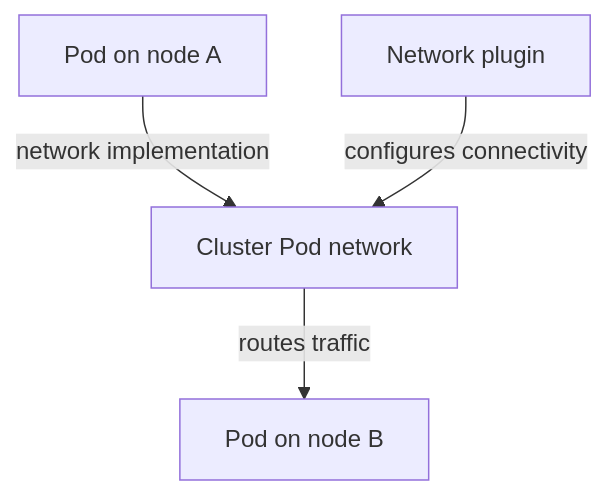
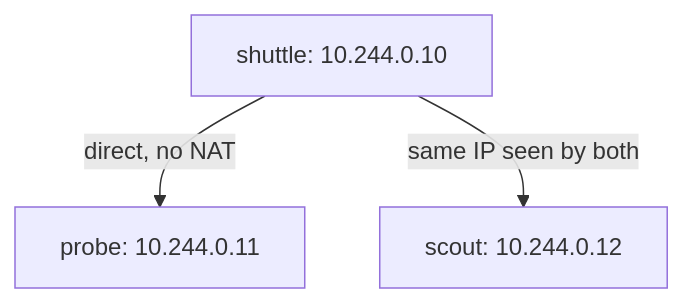
One commit to astrona-io/ATS038 changed the diagram in sections/section-010/module-01/course-01-pod-addresses-and-network-implementation.md. Above: the diagram before and after it, drawn with Mermaid. The commit also changed other lines of this file and 60 other files, not shown here.

````diff
--- a/sections/section-010/module-01/course-01-pod-addresses-and-network-implementation.md
+++ b/sections/section-010/module-01/course-01-pod-addresses-and-network-implementation.md
@@ -16,6 +23,5 @@
 ```mermaid
 flowchart TB
-    A["Pod on node A"] -->|"network implementation"| N["Cluster Pod network"]
-    N -->|"routes traffic"| B["Pod on node B"]
-    C["Network plugin"] -->|"configures connectivity"| N
+    A["shuttle: 10.244.0.10"] -->|"direct, no NAT"| B["probe: 10.244.0.11"]
+    A -->|"same IP seen by both"| C["scout: 10.244.0.12"]
 ```
````
